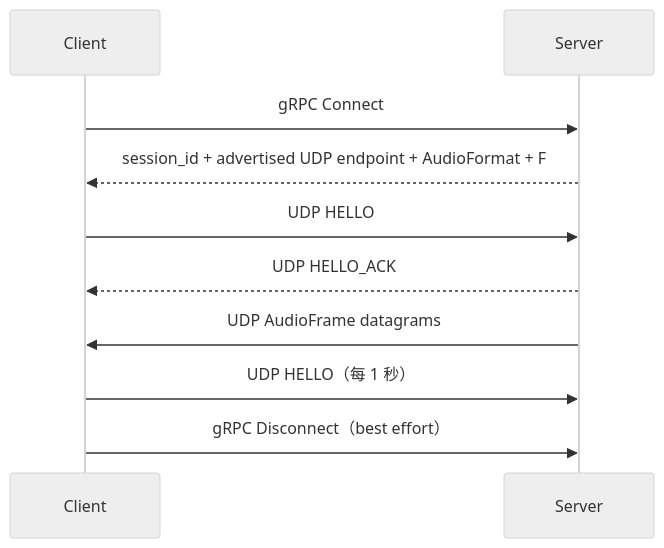
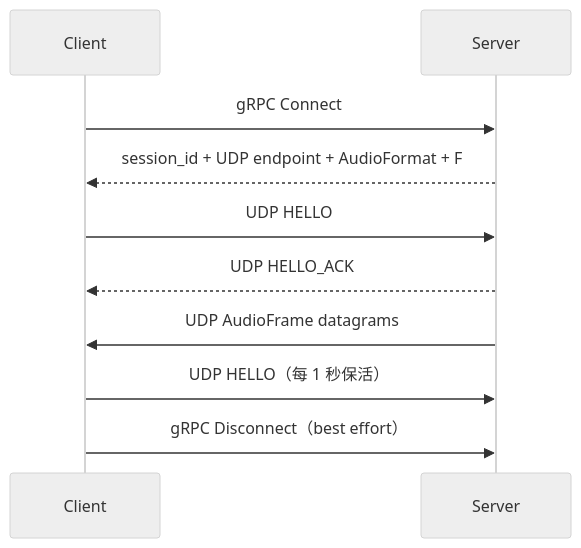
One commit to aquawius/aqua changed the diagram in README_zh.md. Above: the diagram before and after it, drawn with Mermaid (neutral theme). The commit also changed other lines of this file and 1 other file, not shown here.

````diff
--- a/README_zh.md
+++ b/README_zh.md
@@ -86,12 +159,12 @@
 ```mermaid
 sequenceDiagram
     participant C as Client
     participant S as Server
     C ->> S: gRPC Connect
-    S -->> C: session_id + advertised UDP endpoint + AudioFormat + F
+    S -->> C: session_id + UDP endpoint + AudioFormat + F
     C ->> S: UDP HELLO
     S -->> C: UDP HELLO_ACK
     S ->> C: UDP AudioFrame datagrams
-    C ->> S: UDP HELLO（每 1 秒）
+    C ->> S: UDP HELLO（每 1 秒保活）
     C ->> S: gRPC Disconnect（best effort）
 ```
````
